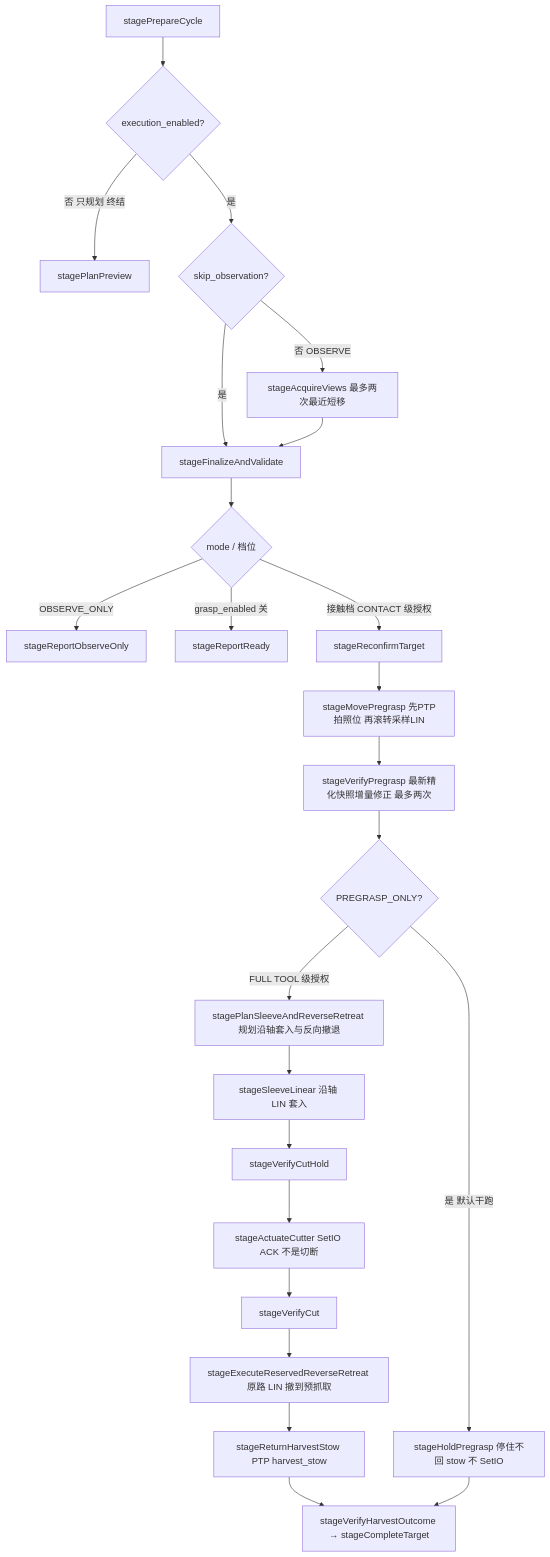
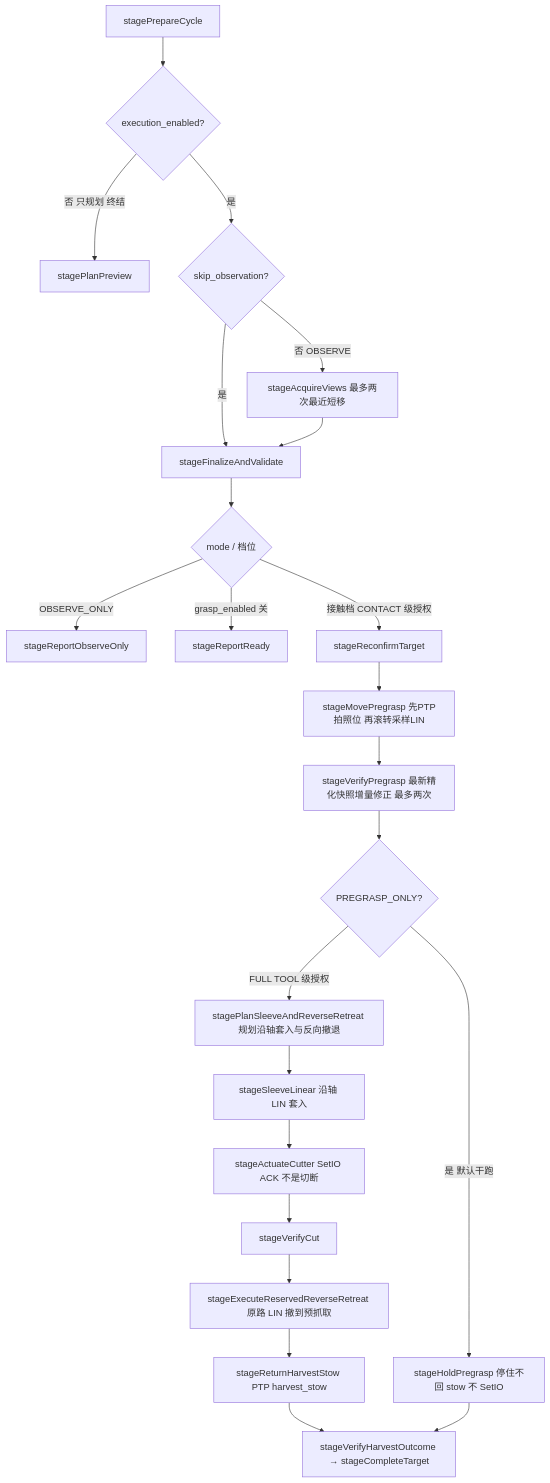
Before and after one commit to MUHAN11-c/aubo_boot: diagram 13 of 15 in docs/architecture.md, drawn with Mermaid. The commit also changed other lines of this file and 30 other files, not shown here.

````diff
--- a/docs/architecture.md
+++ b/docs/architecture.md
@@ -894,27 +894,26 @@
 ```mermaid
 flowchart TD
   Prep[stagePrepareCycle]
   Prep --> planOnly{execution_enabled?}
   planOnly -->|否 只规划 终结| Preview[stagePlanPreview]
   planOnly -->|是| skipObs{skip_observation?}
   skipObs -->|否 OBSERVE| Views[stageAcquireViews 最多两次最近短移]
   skipObs -->|是| Quality[stageFinalizeAndValidate]
   Views --> Quality
   Quality --> mode{mode / 档位}
   mode -->|OBSERVE_ONLY| RepObs[stageReportObserveOnly]
   mode -->|grasp_enabled 关| RepReady[stageReportReady]
   mode -->|接触档 CONTACT 级授权| Rec[stageReconfirmTarget]
   Rec --> Move[stageMovePregrasp 先PTP拍照位 再滚转采样LIN]
   Move --> Ver[stageVerifyPregrasp 最新精化快照增量修正 最多两次]
   Ver --> pg{PREGRASP_ONLY?}
   pg -->|是 默认干跑| Hold[stageHoldPregrasp 停住不回 stow 不 SetIO]
   pg -->|FULL TOOL 级授权| Sleeve[stagePlanSleeveAndReverseRetreat 规划沿轴套入与反向撤退]
   Sleeve --> Lin[stageSleeveLinear 沿轴 LIN 套入]
-  Lin --> VCH[stageVerifyCutHold]
-  VCH --> Cut[stageActuateCutter SetIO ACK 不是切断]
+  Lin --> Cut[stageActuateCutter SetIO ACK 不是切断]
   Cut --> VCut[stageVerifyCut]
   VCut --> Ret[stageExecuteReservedReverseRetreat 原路 LIN 撤到预抓取]
   Ret --> Stow[stageReturnHarvestStow PTP harvest_stow]
   Stow --> Done[stageVerifyHarvestOutcome → stageCompleteTarget]
   Hold --> Done
 ```
````
